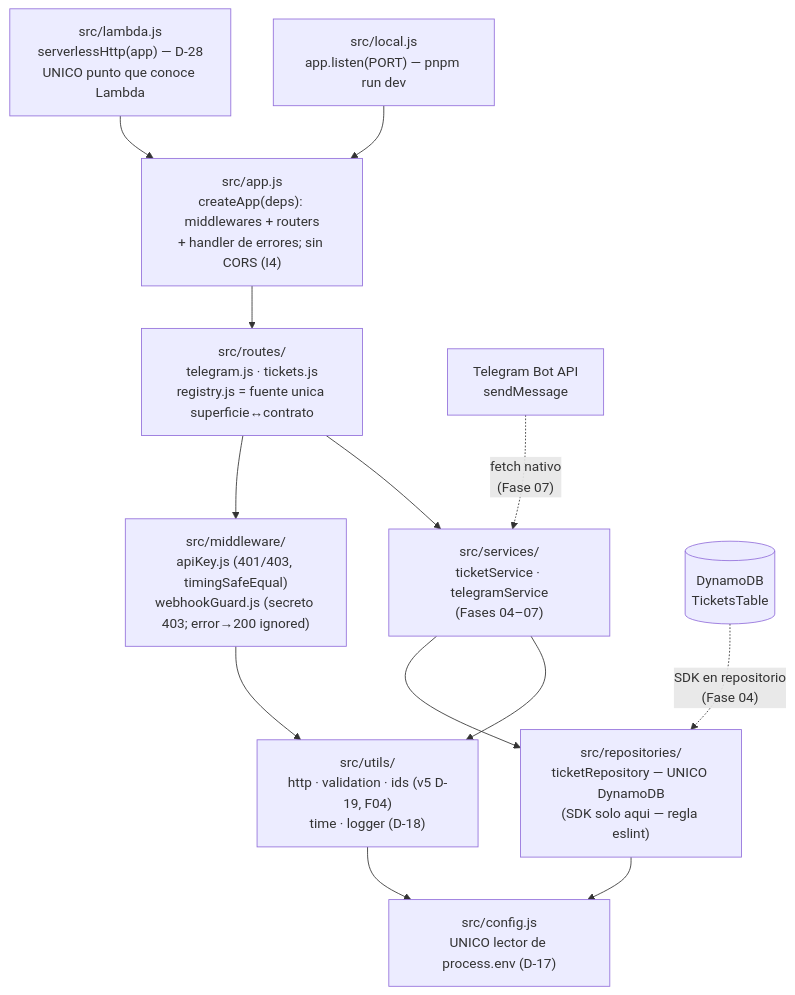
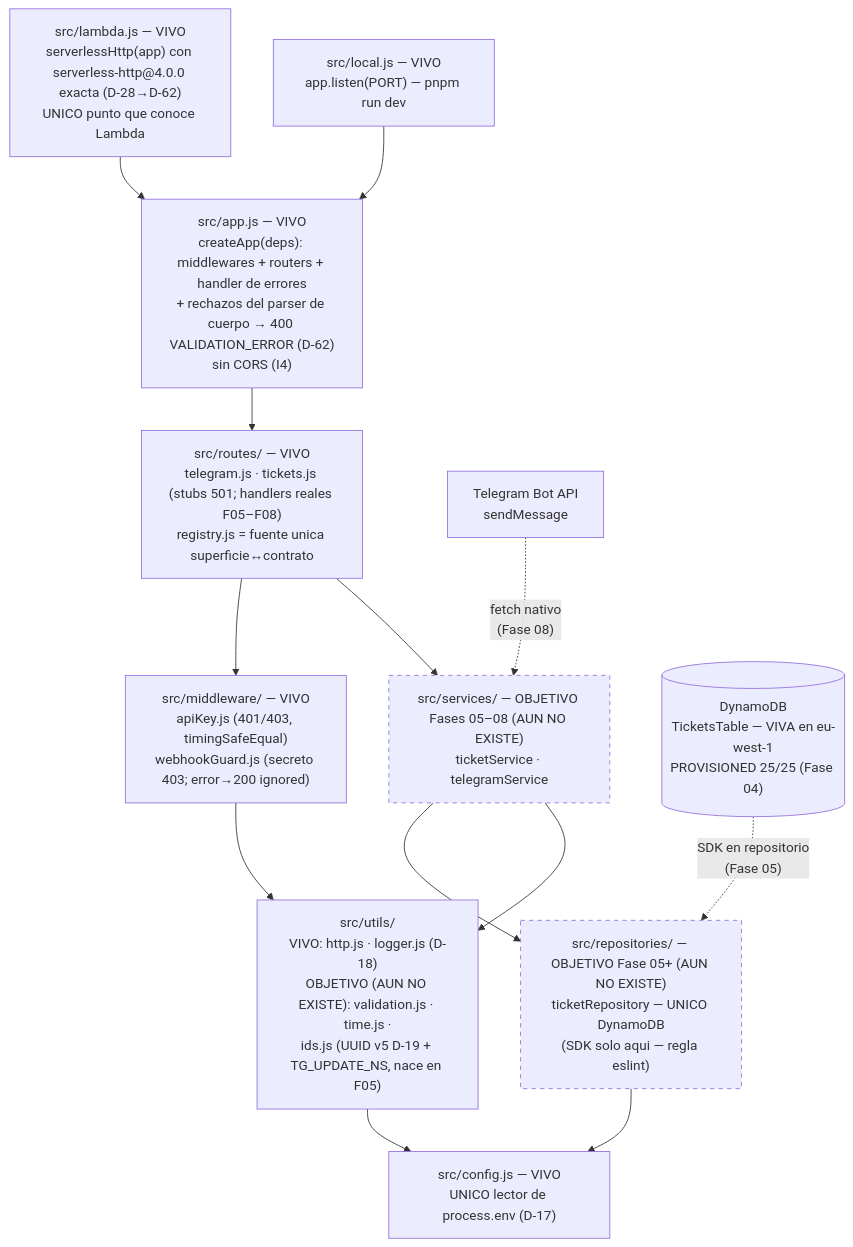
The diagram in docs/human/diagrams/component.mmd (Pathles5/subdesk-api), drawn with Mermaid before and after one commit. The commit also changed 18 other files, not shown here.

```diff
--- a/docs/human/diagrams/component.mmd
+++ b/docs/human/diagrams/component.mmd
@@ -1,27 +1,36 @@
-%% component.mmd — capas internas de src/ y direccion UNICA de dependencias (D-16, actualizada por D-28)
-%% Actualizado: fase 03 · 2026-11-20
+%% component.mmd — capas internas de src/ y direccion UNICA de dependencias (D-16; adaptador D-28→D-62)
+%% Actualizado: fase 04 · 2026-11-22
 %% Fuente versionada; el .svg se regenera con `pnpm run docs:diagrams` (D-33/D-41, local, sin CDN).
+%% Ola de cierre de Fase 04 (revision de vigencia, spec 02 A-02): cada nudo se marca VIVO (existe
+%% hoy en src/) u OBJETIVO (objetivo de fases futuras, AUN NO EXISTE — verificado contra el arbol
+%% real el 2026-11-23). Fases de handlers renumeradas por D-42 (ingesta 05, lectura 06, mutacion 07,
+%% respuesta 08). Adaptador vivo: serverless-http@4.0.0 exacta (D-62, supersede la 3.2.0 de D-28);
+%% runtime vivo de la funcion: nodejs26.x + arm64 (D-61) — el runtime no es capa de este diagrama,
+%% se dibuja en deployment.mmd.
 flowchart TD
-    LAM["src/lambda.js<br/>serverlessHttp(app) — D-28<br/>UNICO punto que conoce Lambda"]
-    LOC["src/local.js<br/>app.listen(PORT) — pnpm run dev"]
-    APP["src/app.js<br/>createApp(deps): middlewares + routers<br/>+ handler de errores; sin CORS (I4)"]
-    RT["src/routes/<br/>telegram.js · tickets.js<br/>registry.js = fuente unica superficie↔contrato"]
-    MW["src/middleware/<br/>apiKey.js (401/403, timingSafeEqual)<br/>webhookGuard.js (secreto 403; error→200 ignored)"]
-    SVC["src/services/<br/>ticketService · telegramService<br/>(Fases 04–07)"]
-    REPO["src/repositories/<br/>ticketRepository — UNICO DynamoDB<br/>(SDK solo aqui — regla eslint)"]
-    UTIL["src/utils/<br/>http · validation · ids (v5 D-19, F04)<br/>time · logger (D-18)"]
-    CONF["src/config.js<br/>UNICO lector de process.env (D-17)"]
+    LAM["src/lambda.js — VIVO<br/>serverlessHttp(app) con serverless-http@4.0.0 exacta (D-28→D-62)<br/>UNICO punto que conoce Lambda"]
+    LOC["src/local.js — VIVO<br/>app.listen(PORT) — pnpm run dev"]
+    APP["src/app.js — VIVO<br/>createApp(deps): middlewares + routers + handler de errores<br/>+ rechazos del parser de cuerpo → 400 VALIDATION_ERROR (D-62)<br/>sin CORS (I4)"]
+    RT["src/routes/ — VIVO<br/>telegram.js · tickets.js (stubs 501; handlers reales F05–F08)<br/>registry.js = fuente unica superficie↔contrato"]
+    MW["src/middleware/ — VIVO<br/>apiKey.js (401/403, timingSafeEqual)<br/>webhookGuard.js (secreto 403; error→200 ignored)"]
+    SVC["src/services/ — OBJETIVO Fases 05–08 (AUN NO EXISTE)<br/>ticketService · telegramService"]
+    REPO["src/repositories/ — OBJETIVO Fase 05+ (AUN NO EXISTE)<br/>ticketRepository — UNICO DynamoDB<br/>(SDK solo aqui — regla eslint)"]
+    UTIL["src/utils/<br/>VIVO: http.js · logger.js (D-18)<br/>OBJETIVO (AUN NO EXISTE): validation.js · time.js ·<br/>ids.js (UUID v5 D-19 + TG_UPDATE_NS, nace en F05)"]
+    CONF["src/config.js — VIVO<br/>UNICO lector de process.env (D-17)"]
 
     LAM --> APP
     LOC --> APP
     APP --> RT
     RT --> MW
     RT --> SVC
     SVC --> REPO
     SVC --> UTIL
     MW --> UTIL
     REPO --> CONF
     UTIL --> CONF
 
-    EXT1[("DynamoDB<br/>TicketsTable")] -. "SDK en repositorio<br/>(Fase 04)" .-> REPO
-    EXT2["Telegram Bot API<br/>sendMessage"] -. "fetch nativo<br/>(Fase 07)" .-> SVC
+    EXT1[("DynamoDB<br/>TicketsTable — VIVA en eu-west-1<br/>PROVISIONED 25/25 (Fase 04)")] -. "SDK en repositorio<br/>(Fase 05)" .-> REPO
+    EXT2["Telegram Bot API<br/>sendMessage"] -. "fetch nativo<br/>(Fase 08)" .-> SVC
+
+    classDef objetivo stroke-dasharray: 5 5
+    class SVC,REPO objetivo
```
